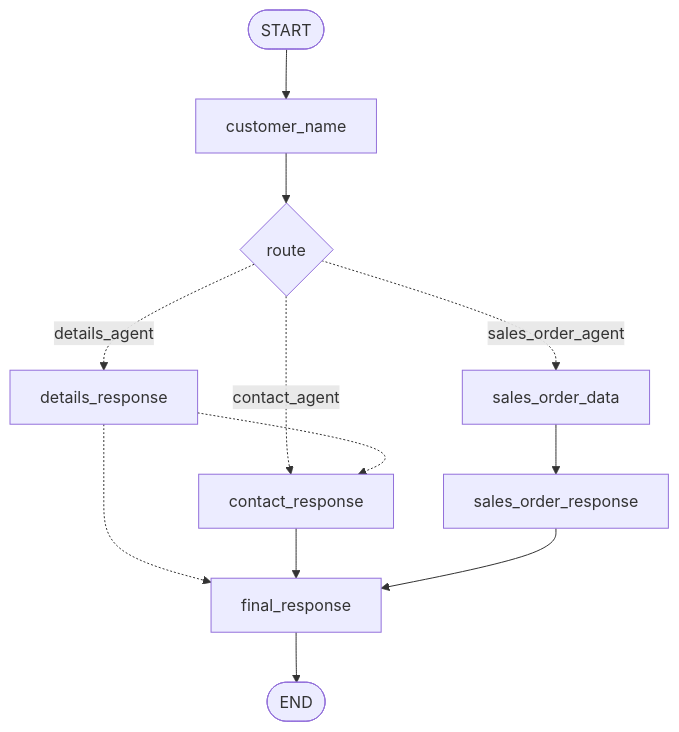
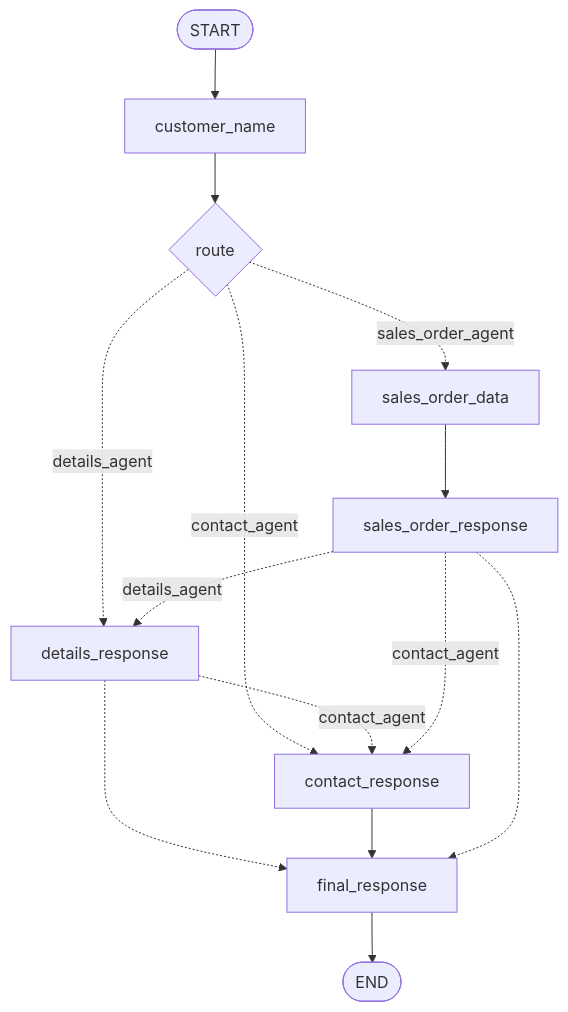
Before and after one commit to pardeepai/ai-erpnext-assistant: the diagram in README.md, drawn with Mermaid. The commit also changed other lines of this file, not shown here.

Commit message:
Update README: Add combined customer and sales order routing features and workflow diagram

````diff
--- a/README.md
+++ b/README.md
@@ -69,19 +104,21 @@
 ```mermaid
 flowchart TD
     start([START]) --> customer_name[customer_name]
     customer_name --> route{route}
 
     route -. "details_agent" .-> details_response[details_response]
     route -. "contact_agent" .-> contact_response[contact_response]
     route -. "sales_order_agent" .-> sales_order_data[sales_order_data]
 
-    details_response -.-> contact_response
+    details_response -. "contact_agent" .-> contact_response
     details_response -.-> final_response[final_response]
 
     contact_response --> final_response
 
     sales_order_data --> sales_order_response[sales_order_response]
-    sales_order_response --> final_response
+    sales_order_response -. "contact_agent" .-> contact_response
+    sales_order_response -. "details_agent" .-> details_response
+    sales_order_response -.-> final_response
 
     final_response --> end_node([END])
 ```
````
